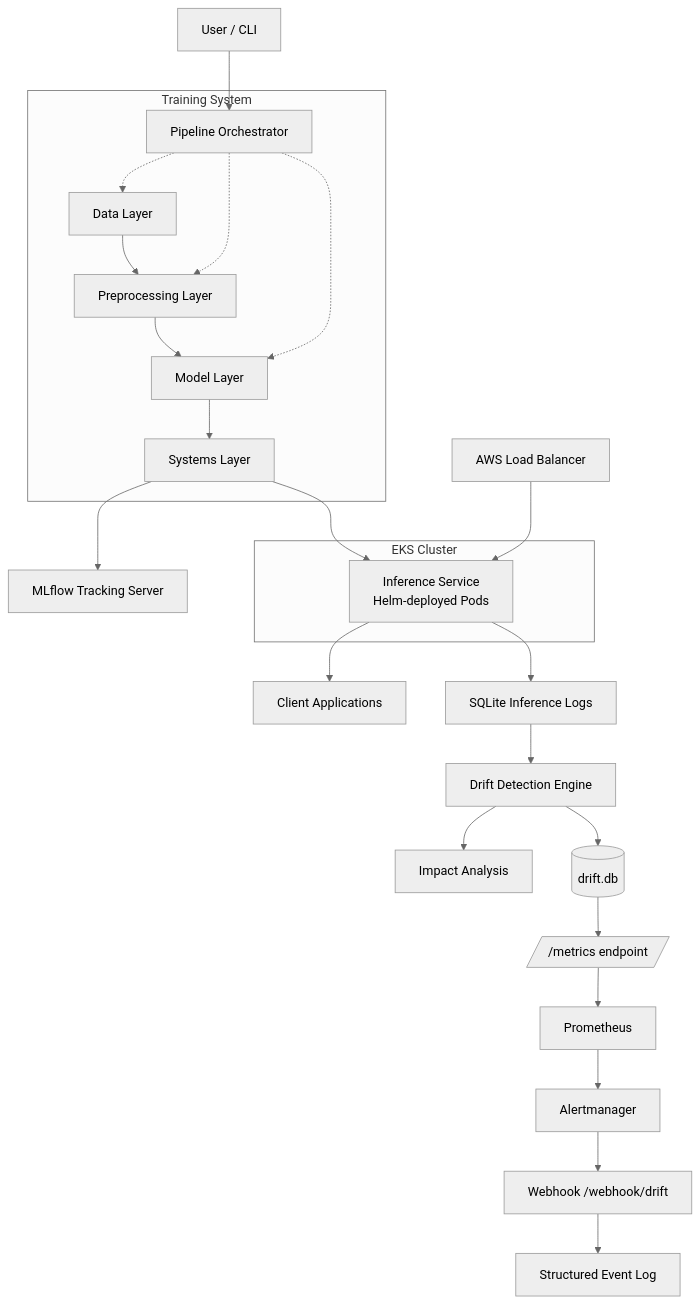
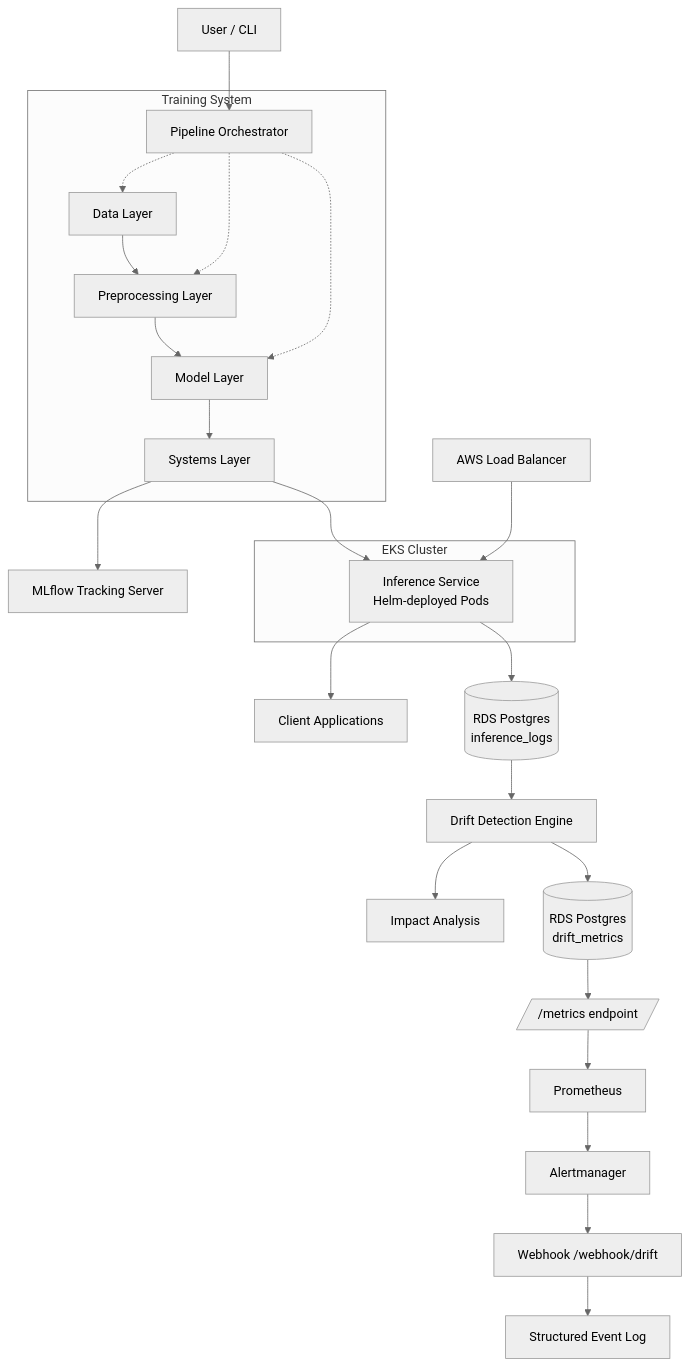
The first of 7 diagrams in README.md (sharjeel6392/asie), drawn with Mermaid before and after one commit. The commit also changed other lines of this file and 1 other file, not shown here.

````diff
--- a/README.md
+++ b/README.md
@@ -36,43 +39,43 @@
 ```mermaid
 %%{init: {'theme': 'neutral'}}%%
 flowchart TD
     User_CLI[User / CLI] --> Orchestrator
 
     subgraph Training_System [Training System]
         Orchestrator[Pipeline Orchestrator]
         DataLayer[Data Layer]
         PreprocessingLayer[Preprocessing Layer]
         ModelLayer[Model Layer]
         SystemsLayer[Systems Layer]
         
         %% Defining the linear flow
         DataLayer --> PreprocessingLayer --> ModelLayer --> SystemsLayer
     end
 
     %% Control lines from Orchestrator
     Orchestrator -.-> DataLayer
     Orchestrator -.-> PreprocessingLayer
     Orchestrator -.-> ModelLayer
     
     SystemsLayer --> MLflow[MLflow Tracking Server]
     SystemsLayer --> ServingSystem
 
     subgraph EKS [EKS Cluster]
         ServingSystem[Inference Service<br/>Helm-deployed Pods]
     end
 
     ELB[AWS Load Balancer] --> ServingSystem
     ServingSystem --> Client[Client Applications]
-    ServingSystem --> SQLiteLogs[SQLite Inference Logs]
+    ServingSystem --> InferenceLogs[(RDS Postgres<br/>inference_logs)]
     
-    SQLiteLogs --> DriftEngine[Drift Detection Engine]
+    InferenceLogs --> DriftEngine[Drift Detection Engine]
     DriftEngine --> ImpactAnalysis[Impact Analysis]
-    DriftEngine --> DriftDB[(drift.db)]
+    DriftEngine --> DriftDB[(RDS Postgres<br/>drift_metrics)]
     
     %% Fixed syntax here
     DriftDB --> MetricsEndpoint[/ "/metrics endpoint" /]
     MetricsEndpoint --> Prometheus[Prometheus]
     Prometheus --> Alertmanager[Alertmanager]
     Alertmanager --> Webhook[Webhook /webhook/drift]
     Webhook --> EventLog[Structured Event Log]
 ```
````
